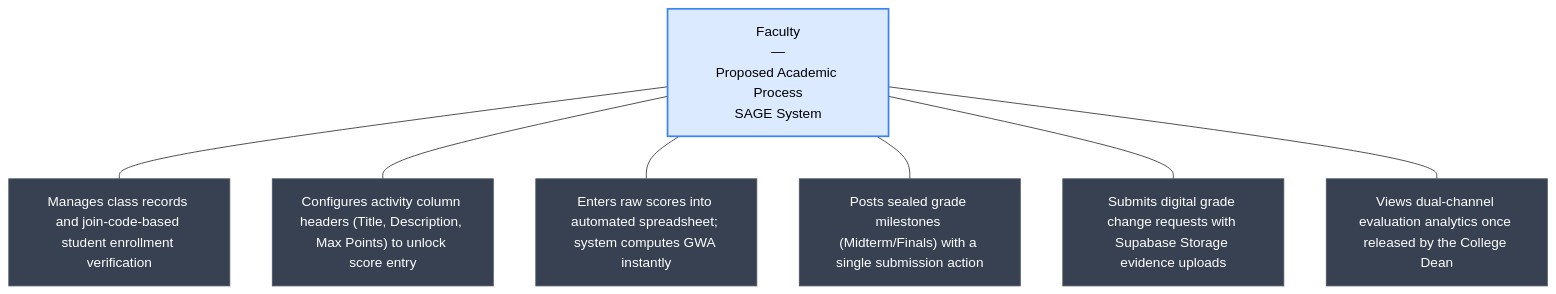
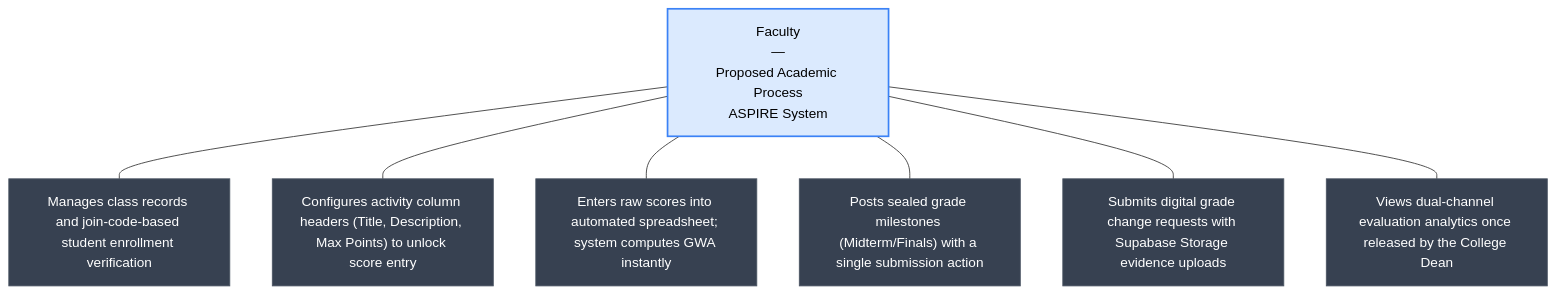
The sixth of 18 diagrams in docs/references/Chapter12_Text_Updated.md (kurarensu16/sage), drawn with Mermaid before and after one commit. The commit also changed other lines of this file and 96 other files, not shown here.

Commit message:
feat: complete ASPIRE system updates

````diff
--- a/docs/references/Chapter12_Text_Updated.md
+++ b/docs/references/Chapter12_Text_Updated.md
@@ -621,21 +621,21 @@
 ```mermaid
 graph TD
     classDef center fill:#dbeafe,stroke:#3b82f6,stroke-width:2px,color:#000;
     classDef spoke  fill:#374151,stroke:#4b5563,stroke-width:1px,color:#fff;
 
-    CENTER["Faculty<br>—<br>Proposed Academic Process<br>SAGE System"]:::center
+    CENTER["Faculty<br>—<br>Proposed Academic Process<br>ASPIRE System"]:::center
 
     S1["Manages class records and join-code-based student enrollment verification"]:::spoke
     S2["Configures activity column headers (Title, Description, Max Points) to unlock score entry"]:::spoke
     S3["Enters raw scores into automated spreadsheet; system computes GWA instantly"]:::spoke
     S4["Posts sealed grade milestones (Midterm/Finals) with a single submission action"]:::spoke
     S5["Submits digital grade change requests with Supabase Storage evidence uploads"]:::spoke
     S6["Views dual-channel evaluation analytics once released by the College Dean"]:::spoke
 
     CENTER --- S1
     CENTER --- S2
     CENTER --- S3
     CENTER --- S4
     CENTER --- S5
     CENTER --- S6
 ```
````
